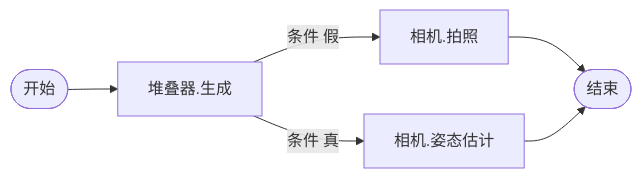
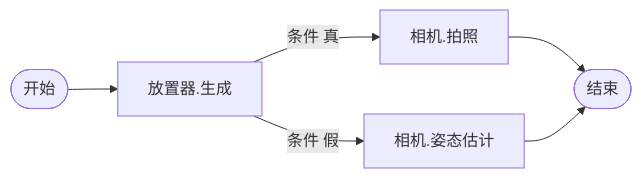
One commit to sltruman/practical-tools changed diagram 11 of 13 in README.md. Above: the diagram before and after it, drawn with Mermaid. The commit also changed other lines of this file and 7 other files, not shown here.

````diff
--- a/README.md
+++ b/README.md
@@ -307,13 +303,13 @@
 ```mermaid
 flowchart LR
     start([开始])
     finish([结束])
-    packer.generate[堆叠器.生成]
+    palcer.generate[放置器.生成]
     camera.capture[相机.拍照]
     camera.pose_recognize[相机.姿态估计]
-    start-->packer.generate
-    packer.generate--条件 假-->camera.capture-->finish
+    start-->palcer.generate
+    palcer.generate--条件 真-->camera.capture-->finish
 
-    packer.generate--条件 真-->camera.pose_recognize
+    palcer.generate--条件 假-->camera.pose_recognize
     camera.pose_recognize-->finish
 ```
````
